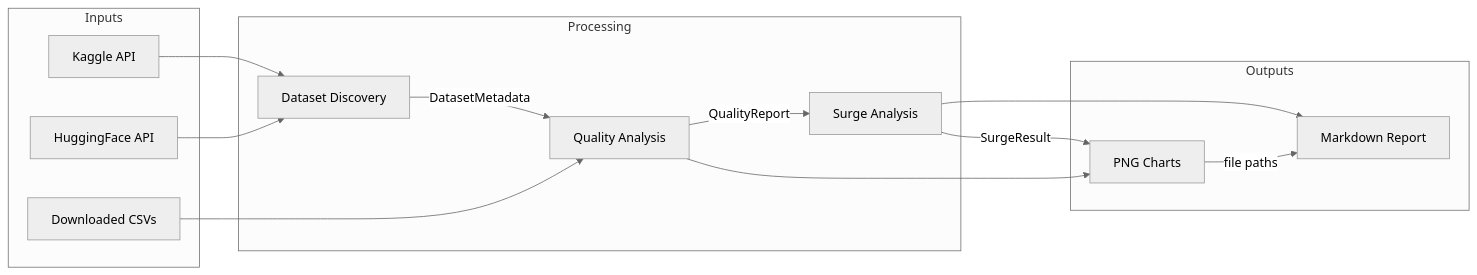
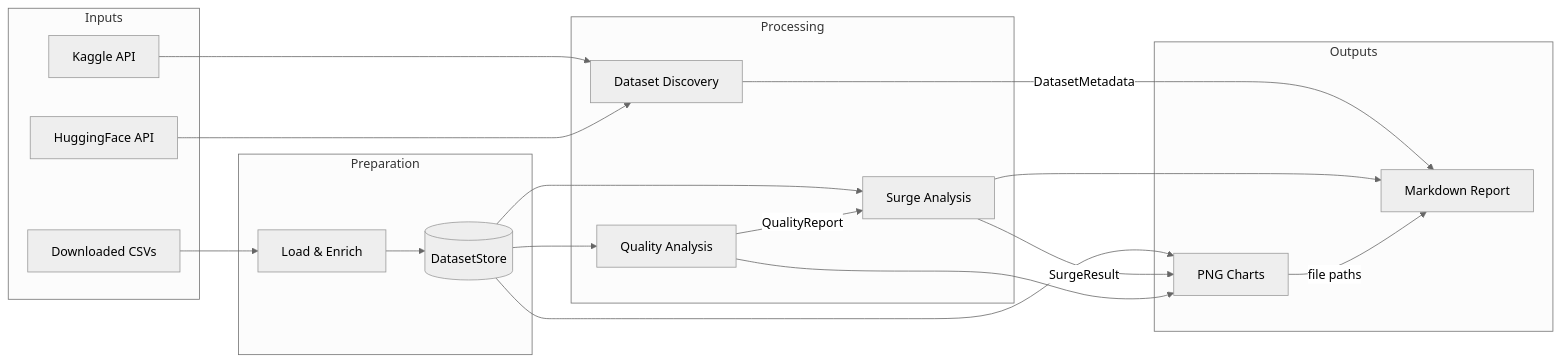
The second of 2 diagrams in .kiro/specs/eda-fin-discussions/design.md (yenthanh115/ds-eda-fin-discussions), drawn with Mermaid (neutral theme) before and after one commit. The commit also changed other lines of this file and 10 other files, not shown here.

Commit message:
Implement DatasetStore to reuse datasets in later processes

````diff
--- a/.kiro/specs/eda-fin-discussions/design.md
+++ b/.kiro/specs/eda-fin-discussions/design.md
@@ -370,29 +499,38 @@
 ```mermaid
 flowchart LR
     subgraph Inputs
         K[Kaggle API]
         H[HuggingFace API]
         CSV[Downloaded CSVs]
+    end
+
+    subgraph Preparation
+        LOAD[Load & Enrich]
+        STORE[(DatasetStore)]
     end
 
     subgraph Processing
         DS[Dataset Discovery]
         QA[Quality Analysis]
         SA[Surge Analysis]
     end
 
     subgraph Outputs
         Charts[PNG Charts]
         Report[Markdown Report]
     end
 
     K --> DS
     H --> DS
-    DS --> |DatasetMetadata| QA
-    CSV --> QA
+    CSV --> LOAD
+    LOAD --> STORE
+    STORE --> QA
+    STORE --> SA
+    STORE --> Charts
+    DS --> |DatasetMetadata| Report
     QA --> |QualityReport| SA
     SA --> |SurgeResult| Charts
     QA --> Charts
     SA --> Report
     Charts --> |file paths| Report
 ```
````
